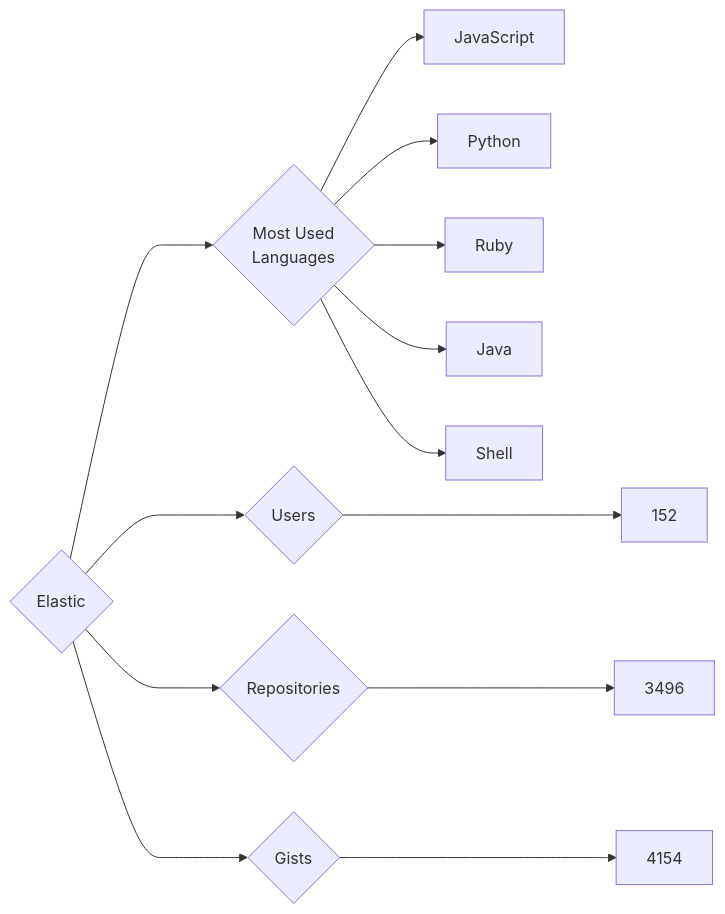
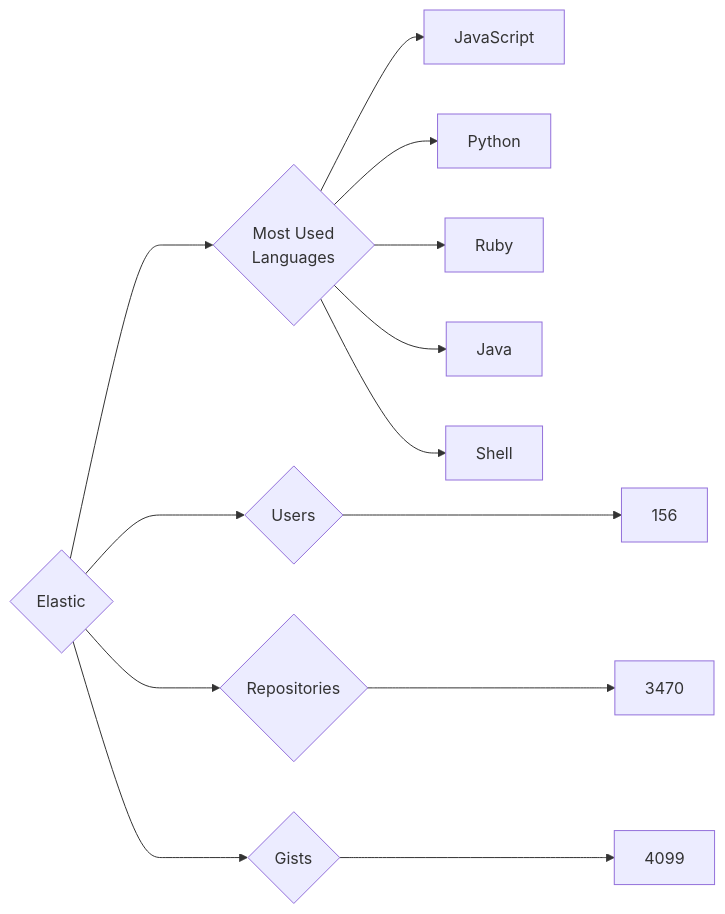
One commit to trickest/insiders changed the diagram in targets/Elastic/README.md. Above: the diagram before and after it, drawn with Mermaid. The commit also changed 861 other files, not shown here.

````diff
--- a/targets/Elastic/README.md
+++ b/targets/Elastic/README.md
@@ -3,13 +3,13 @@
 ```mermaid
 graph LR
 COMPANY_NAME{Elastic}
-COMPANY_NAME ---> U{Users} ---> UN[152]
-COMPANY_NAME ---> R{Repositories} ---> RN[3496]
-COMPANY_NAME ---> G{Gists} ---> GN[4154]
+COMPANY_NAME ---> U{Users} ---> UN[156]
+COMPANY_NAME ---> R{Repositories} ---> RN[3470]
+COMPANY_NAME ---> G{Gists} ---> GN[4099]
 COMPANY_NAME ---> ML{Most Used<br>Languages}
 ML --> JavaScript[JavaScript]
 ML --> Python[Python]
 ML --> Ruby[Ruby]
 ML --> Java[Java]
 ML --> Shell[Shell]
 ```
````
